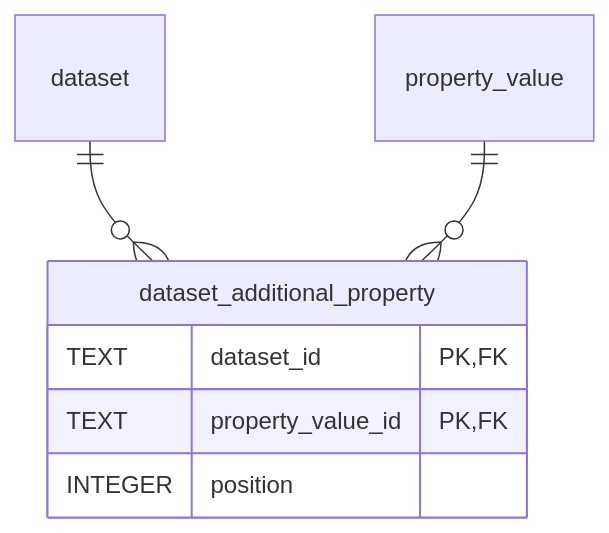
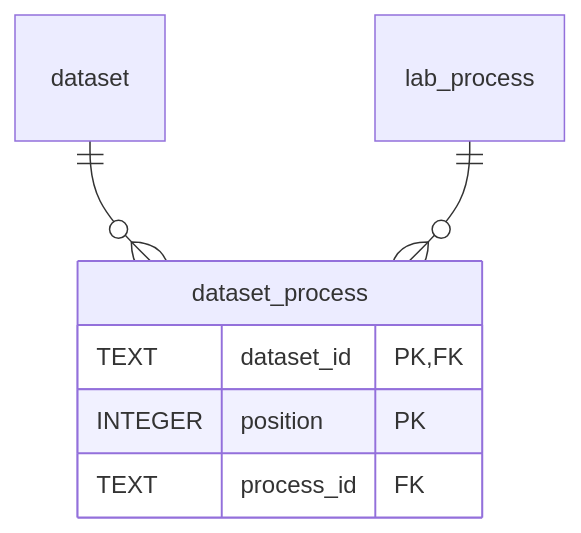
Diagram 11 of 18 in schemas/sql/design.md (HLWeil/ProcessCore), drawn with Mermaid before and after one commit. The commit also changed other lines of this file, not shown here.

Commit message:
docs: improve SQL schema design plan

````diff
--- a/schemas/sql/design.md
+++ b/schemas/sql/design.md
@@ -332,10 +355,10 @@
 ```mermaid
 erDiagram
-    dataset_additional_property {
+    dataset_process {
         TEXT dataset_id PK,FK
-        TEXT property_value_id PK,FK
-        INTEGER position
+        INTEGER position PK
+        TEXT process_id FK
     }
-    dataset ||--o{ dataset_additional_property : ""
-    property_value ||--o{ dataset_additional_property : ""
+    dataset ||--o{ dataset_process : ""
+    lab_process ||--o{ dataset_process : ""
 ```
````
